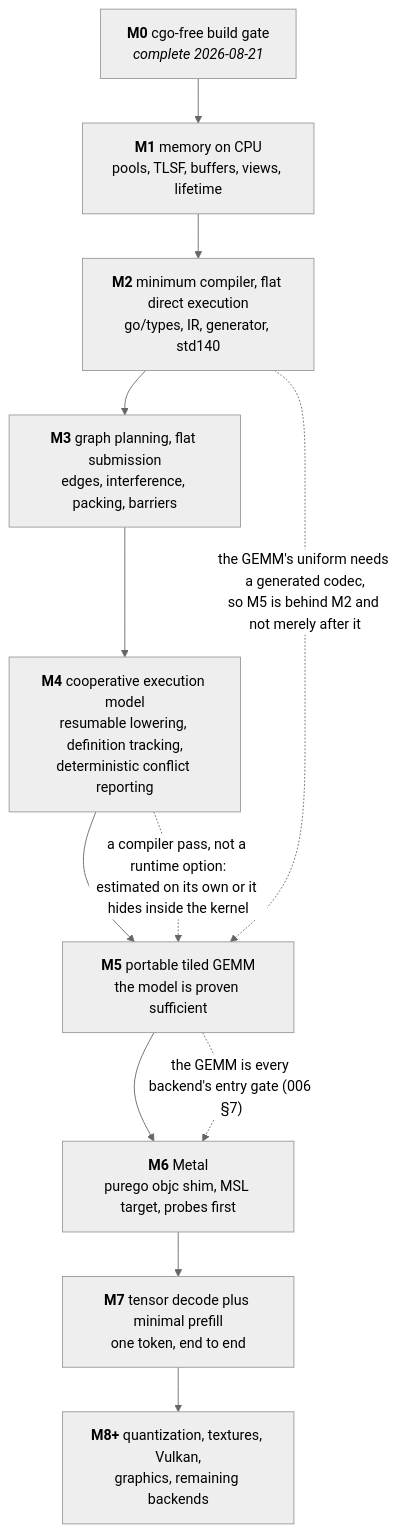
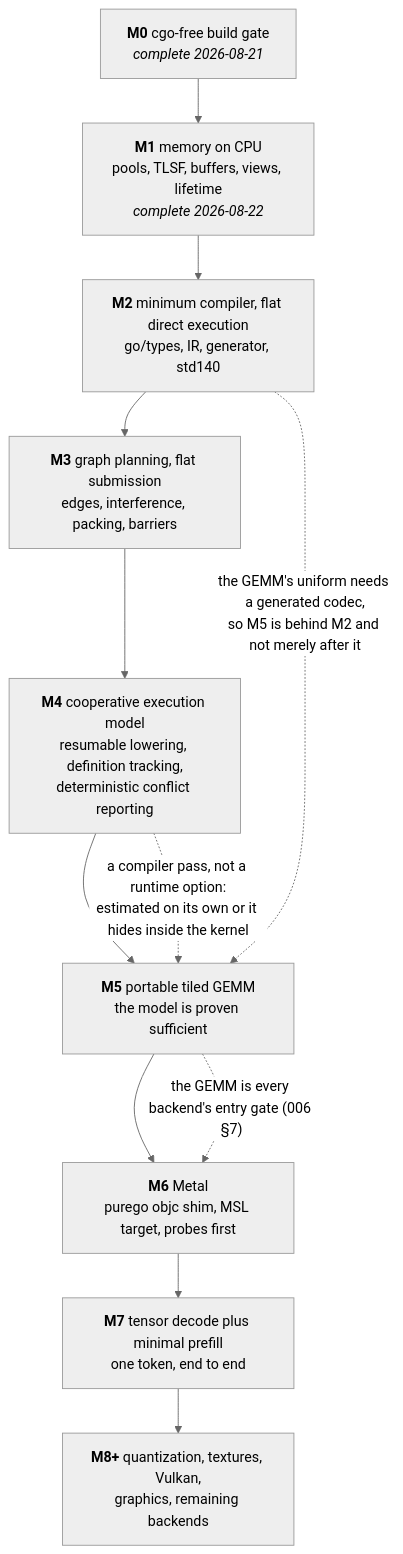
One commit to golang-design/accel changed the diagram in specs/009-sequencing.md. Above: the diagram before and after it, drawn with Mermaid (neutral theme). The commit also changed other lines of this file and 2 other files, not shown here.

````diff
--- a/specs/009-sequencing.md
+++ b/specs/009-sequencing.md
@@ -44,17 +44,17 @@
 ```mermaid
 flowchart TD
     M0["<b>M0</b> cgo-free build gate<br/><i>complete 2026-08-21</i>"]
-    M1["<b>M1</b> memory on CPU<br/>pools, TLSF, buffers, views, lifetime"]
+    M1["<b>M1</b> memory on CPU<br/>pools, TLSF, buffers, views, lifetime<br/><i>complete 2026-08-22</i>"]
     M2["<b>M2</b> minimum compiler, flat direct execution<br/>go/types, IR, generator, std140"]
     M3["<b>M3</b> graph planning, flat submission<br/>edges, interference, packing, barriers"]
     M4["<b>M4</b> cooperative execution model<br/>resumable lowering, definition tracking,<br/>deterministic conflict reporting"]
     M5["<b>M5</b> portable tiled GEMM<br/>the model is proven sufficient"]
     M6["<b>M6</b> Metal<br/>purego objc shim, MSL target, probes first"]
     M7["<b>M7</b> tensor decode plus minimal prefill<br/>one token, end to end"]
     M8["<b>M8+</b> quantization, textures, Vulkan,<br/>graphics, remaining backends"]
 
     M0 --> M1 --> M2 --> M3 --> M4 --> M5 --> M6 --> M7 --> M8
     M2 -. "the GEMM's uniform needs a generated codec,<br/>so M5 is behind M2 and not merely after it" .-> M5
     M4 -. "a compiler pass, not a runtime option:<br/>estimated on its own or it hides inside the kernel" .-> M5
     M5 -. "the GEMM is every backend's entry gate (006 §7)" .-> M6
 ```
````
